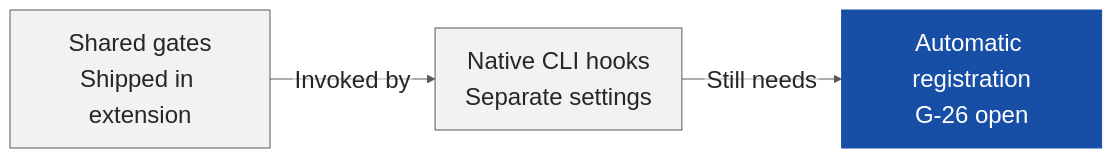
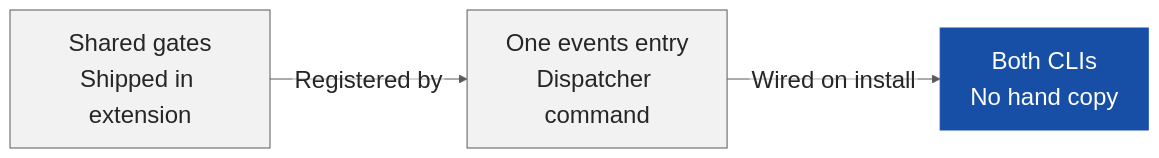
One commit to DonalMoloney/super-spec-new changed the diagram in presentation/marp-deck/roadmap.mmd. Above: the diagram before and after it, drawn with Mermaid. The commit also changed 3 other files, not shown here.

```diff
--- a/presentation/marp-deck/roadmap.mmd
+++ b/presentation/marp-deck/roadmap.mmd
@@ -1,9 +1,9 @@
 %%{init: {"theme": "base", "themeVariables": {"fontFamily": "Arial", "fontSize": "24px", "primaryColor": "#f2f2f2", "primaryTextColor": "#262626", "primaryBorderColor": "#595959", "lineColor": "#595959", "edgeLabelBackground": "#ffffff"}, "flowchart": {"htmlLabels": false, "curve": "linear", "nodeSpacing": 30, "rankSpacing": 45}, "themeCSS": ".edgeLabel .background { fill: #ffffff !important; fill-opacity: 1 !important; opacity: 1 !important; }"}}%%
 flowchart LR
   A["Shared gates
-Shipped in extension"] -->|Invoked by| B["Native CLI hooks
-Separate settings"]
-  B -->|Still needs| C["Automatic registration
-G-26 open"]
+Shipped in extension"] -->|Registered by| B["One events entry
+Dispatcher command"]
+  B -->|Wired on install| C["Both CLIs
+No hand copy"]
   class C focus
   classDef focus fill:#174ea6,color:#ffffff,stroke:#174ea6
```
